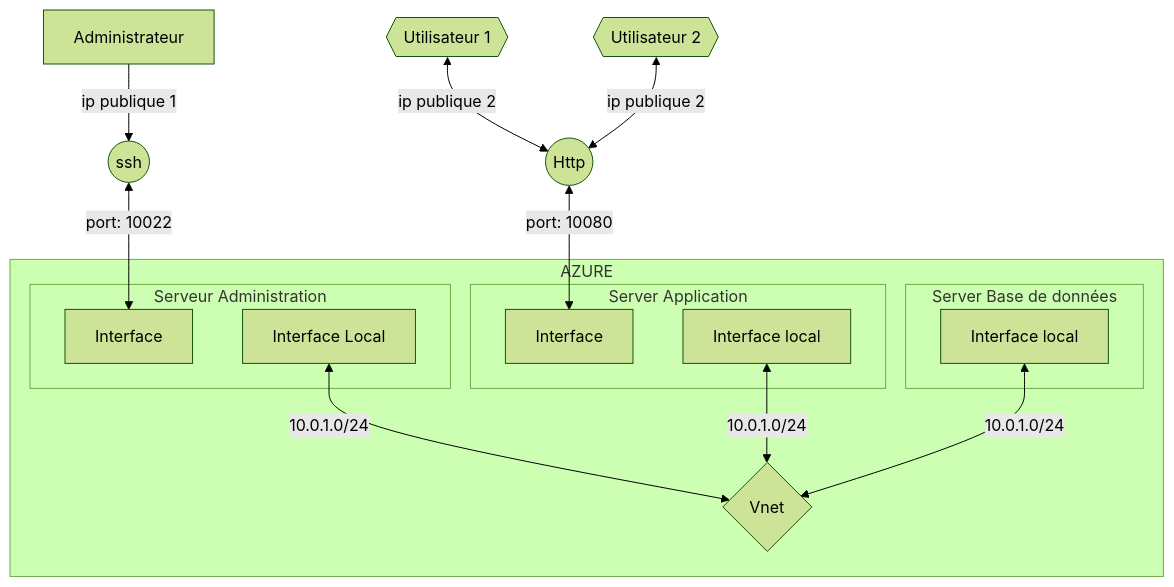
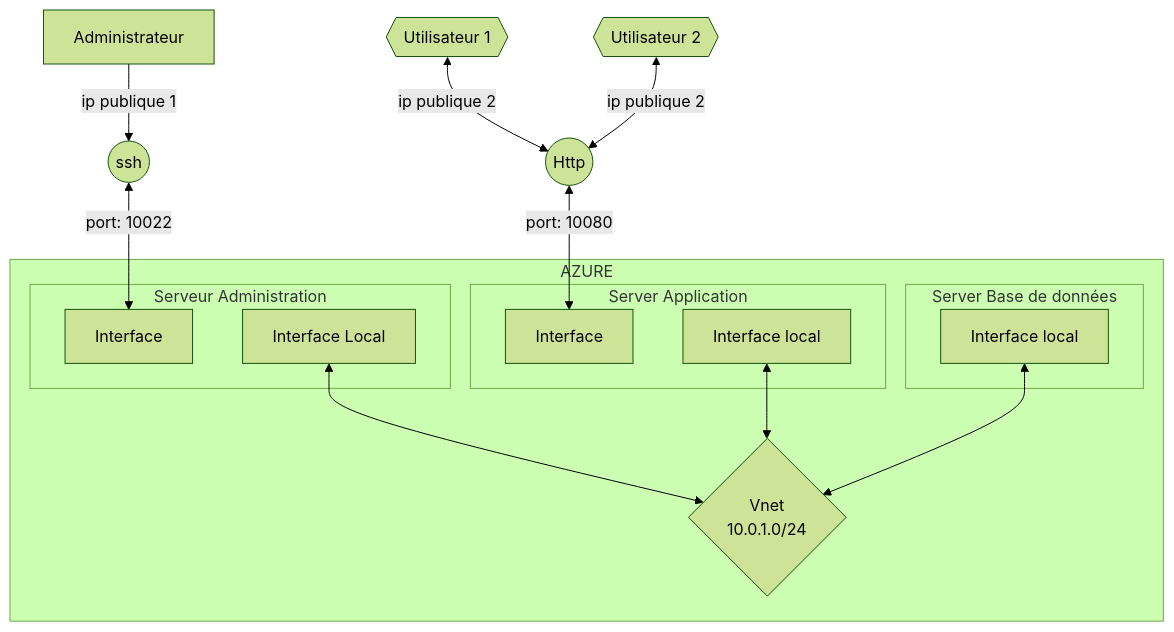
Before and after one commit to simplon-gabrielsarais/simplon_brief2: the diagram in plan_brief2.md, drawn with Mermaid (forest theme).

````diff
--- a/plan_brief2.md
+++ b/plan_brief2.md
@@ -2,23 +2,25 @@
 ```mermaid
 flowchart TB
     subgraph AZR [AZURE]
         subgraph Admin [Serveur Administration]
             IntPuAd[Interface]
             IntLoAd[Interface Local]
         end
         subgraph App [Server Application]
         IntPuApp[Interface]
         IntLoApp[Interface local]
         
         end
         subgraph Bdd [Server Base de données]
         IntLoBdd[Interface local]
         end
-        Vnet{Vnet}
+        Vnet{Vnet \n 10.0.1.0/24}
     end
-    IntLoAd & IntLoApp & IntLoBdd <--10.0.1.0/24--> Vnet
+    IntLoAd <--> Vnet
+    IntLoApp <--> Vnet
+    IntLoBdd <--> Vnet
     Http((Http)) <--port: 10080--> IntPuApp
     U1{{Utilisateur 1}} & U2{{ Utilisateur 2}} <--ip publique 2--> Http
     ssh((ssh))<--port: 10022-->IntPuAd
     admin[Administrateur]--ip publique 1-->ssh
 ```
````
